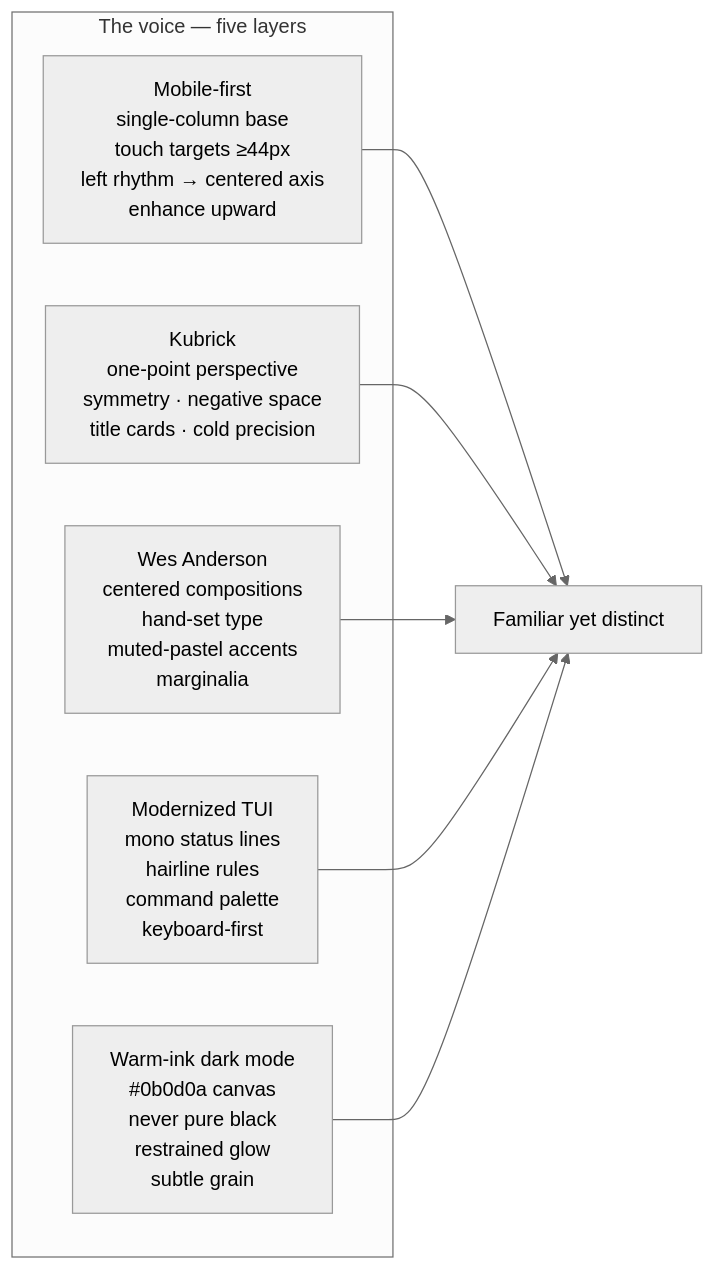
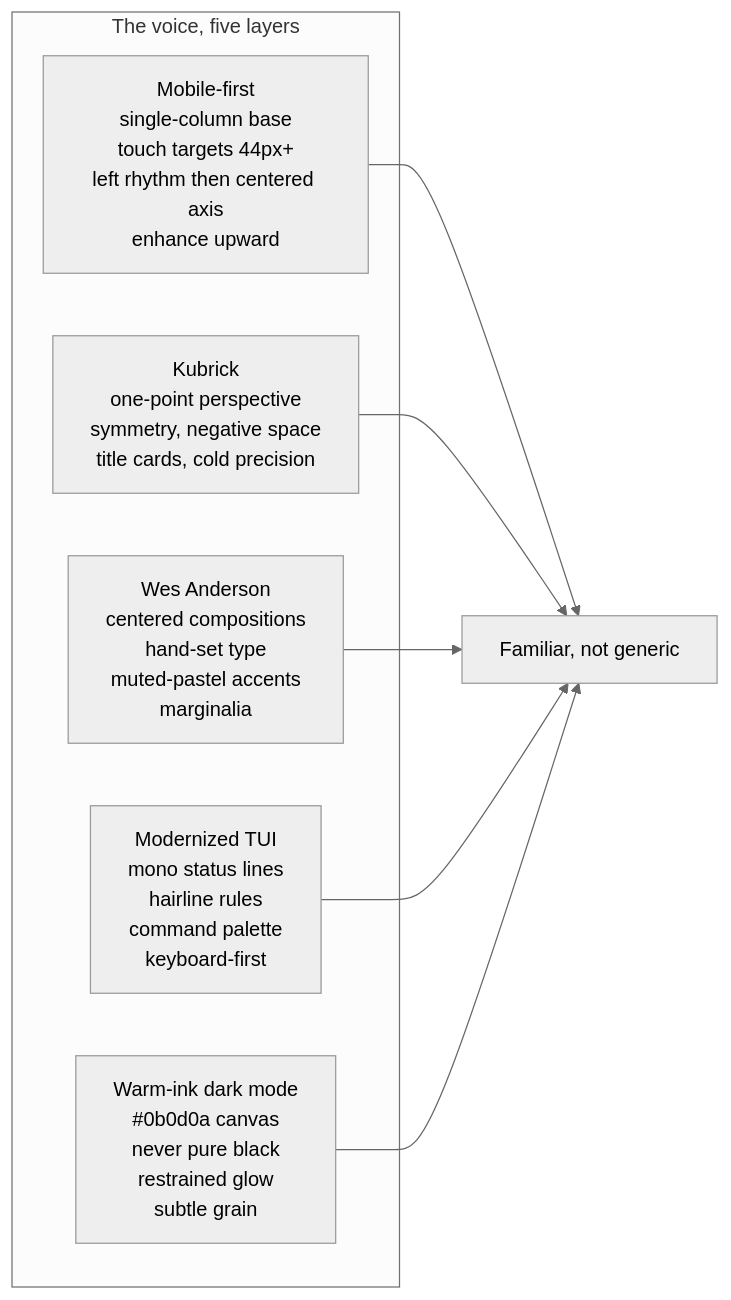
One commit to jcdavis131/bluehen changed the diagram in specs/0017-fleet-tastemaker-redesign.md. Above: the diagram before and after it, drawn with Mermaid (neutral theme). The commit also changed other lines of this file and 17 other files, not shown here.

````diff
--- a/specs/0017-fleet-tastemaker-redesign.md
+++ b/specs/0017-fleet-tastemaker-redesign.md
@@ -36,15 +36,15 @@
 ```mermaid
 flowchart LR
-  subgraph layers [The voice — five layers]
-    Mobile["Mobile-first\nsingle-column base\ntouch targets ≥44px\nleft rhythm → centered axis\nenhance upward"]
-    Kubrick["Kubrick\none-point perspective\nsymmetry · negative space\ntitle cards · cold precision"]
+  subgraph layers [The voice, five layers]
+    Mobile["Mobile-first\nsingle-column base\ntouch targets 44px+\nleft rhythm then centered axis\nenhance upward"]
+    Kubrick["Kubrick\none-point perspective\nsymmetry, negative space\ntitle cards, cold precision"]
     Wes["Wes Anderson\ncentered compositions\nhand-set type\nmuted-pastel accents\nmarginalia"]
     TUI["Modernized TUI\nmono status lines\nhairline rules\ncommand palette\nkeyboard-first"]
     Dark["Warm-ink dark mode\n#0b0d0a canvas\nnever pure black\nrestrained glow\nsubtle grain"]
   end
-  Mobile --> Voice["Familiar yet distinct"]
+  Mobile --> Voice["Familiar, not generic"]
   Kubrick --> Voice
   Wes --> Voice
   TUI --> Voice
   Dark --> Voice
 ```
````
